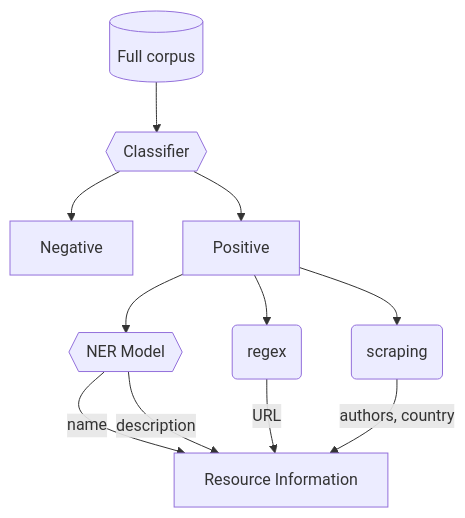
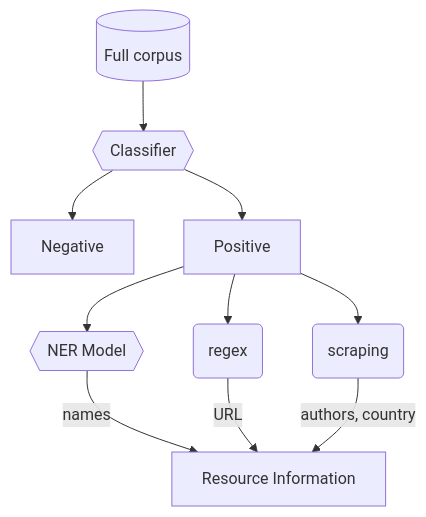
The fourth of 4 diagrams in README.md (globalbiodata/inventory_2022), drawn with Mermaid before and after one commit. The commit also changed other lines of this file, not shown here.

````diff
--- a/README.md
+++ b/README.md
@@ -71,14 +73,13 @@
 ```mermaid
 graph TD
     corpus[(Full corpus)]
     corpus --> classifier{{Classifier}}
     classifier --> neg[Negative]
     classifier --> pos[Positive]
     pos --> ner{{NER Model}}
     pos --> regex(regex)
     pos --> scrape(scraping)
-    ner -- name --> attr[Resource Information]
-    ner -- description --> attr
+    ner -- names --> attr[Resource Information]
     regex -- URL --> attr
     scrape -- authors, country --> attr
 ```
````
